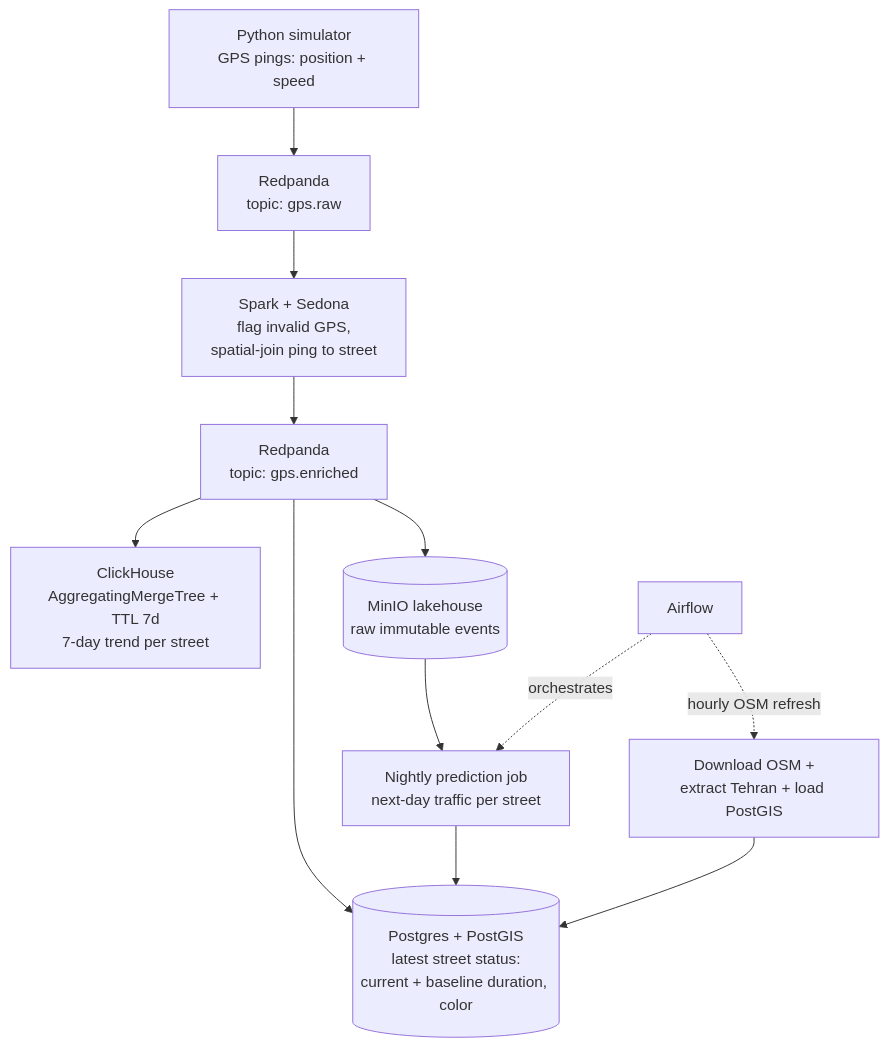
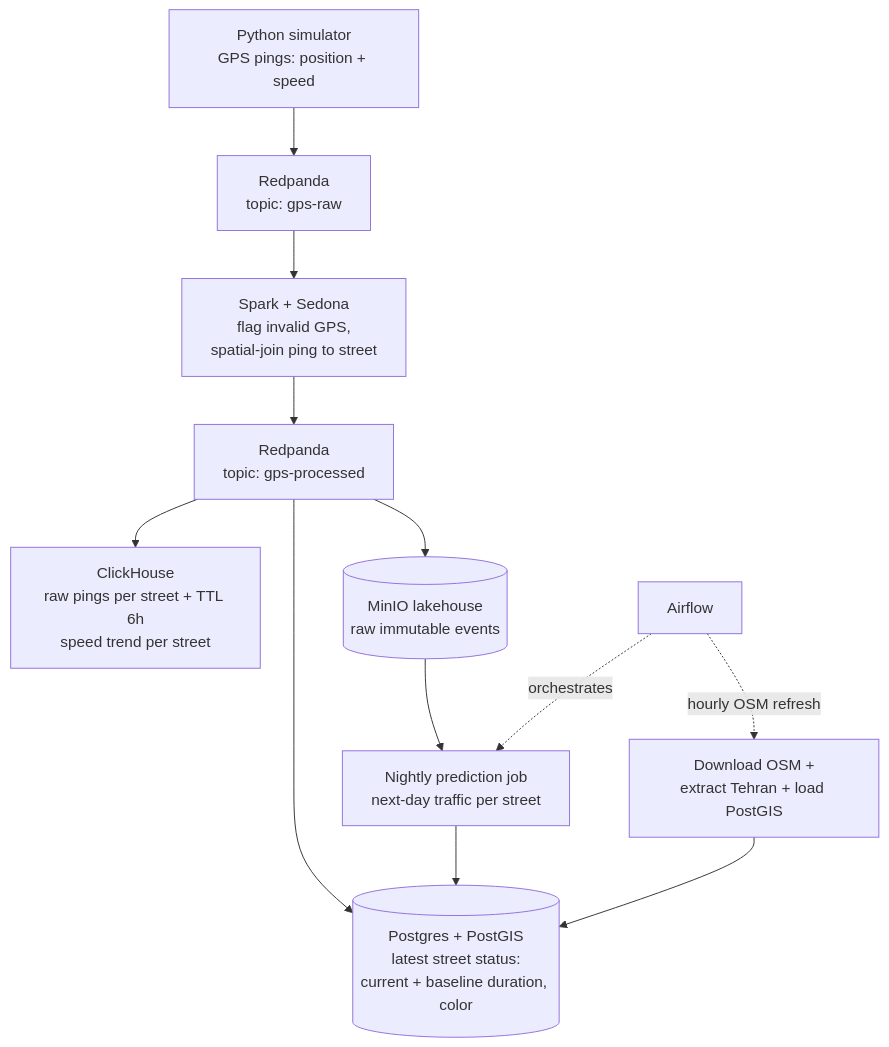
Before and after one commit to km1368/geostream-maps: the first of 3 diagrams in README.md, drawn with Mermaid. The commit also changed other lines of this file and 7 other files, not shown here.

````diff
--- a/README.md
+++ b/README.md
@@ -19,14 +19,14 @@
 ```mermaid
 flowchart TD
-    SIM["Python simulator<br/>GPS pings: position + speed"] --> RAW["Redpanda<br/>topic: gps.raw"]
+    SIM["Python simulator<br/>GPS pings: position + speed"] --> RAW["Redpanda<br/>topic: gps-raw"]
     RAW --> SP["Spark + Sedona<br/>flag invalid GPS,<br/>spatial-join ping to street"]
-    SP --> ENR["Redpanda<br/>topic: gps.enriched"]
+    SP --> ENR["Redpanda<br/>topic: gps-processed"]
     ENR --> PG[("Postgres + PostGIS<br/>latest street status:<br/>current + baseline duration, color")]
-    ENR --> CH["ClickHouse<br/>AggregatingMergeTree + TTL 7d<br/>7-day trend per street"]
+    ENR --> CH["ClickHouse<br/>raw pings per street + TTL 6h<br/>speed trend per street"]
     ENR --> S3[("MinIO lakehouse<br/>raw immutable events")]
     S3 --> PRED["Nightly prediction job<br/>next-day traffic per street"]
     PRED --> PG
     AF["Airflow"] -.->|"orchestrates"| PRED
     AF -.->|"hourly OSM refresh"| OSM["Download OSM +<br/>extract Tehran + load PostGIS"]
     OSM --> PG
 ```
````
